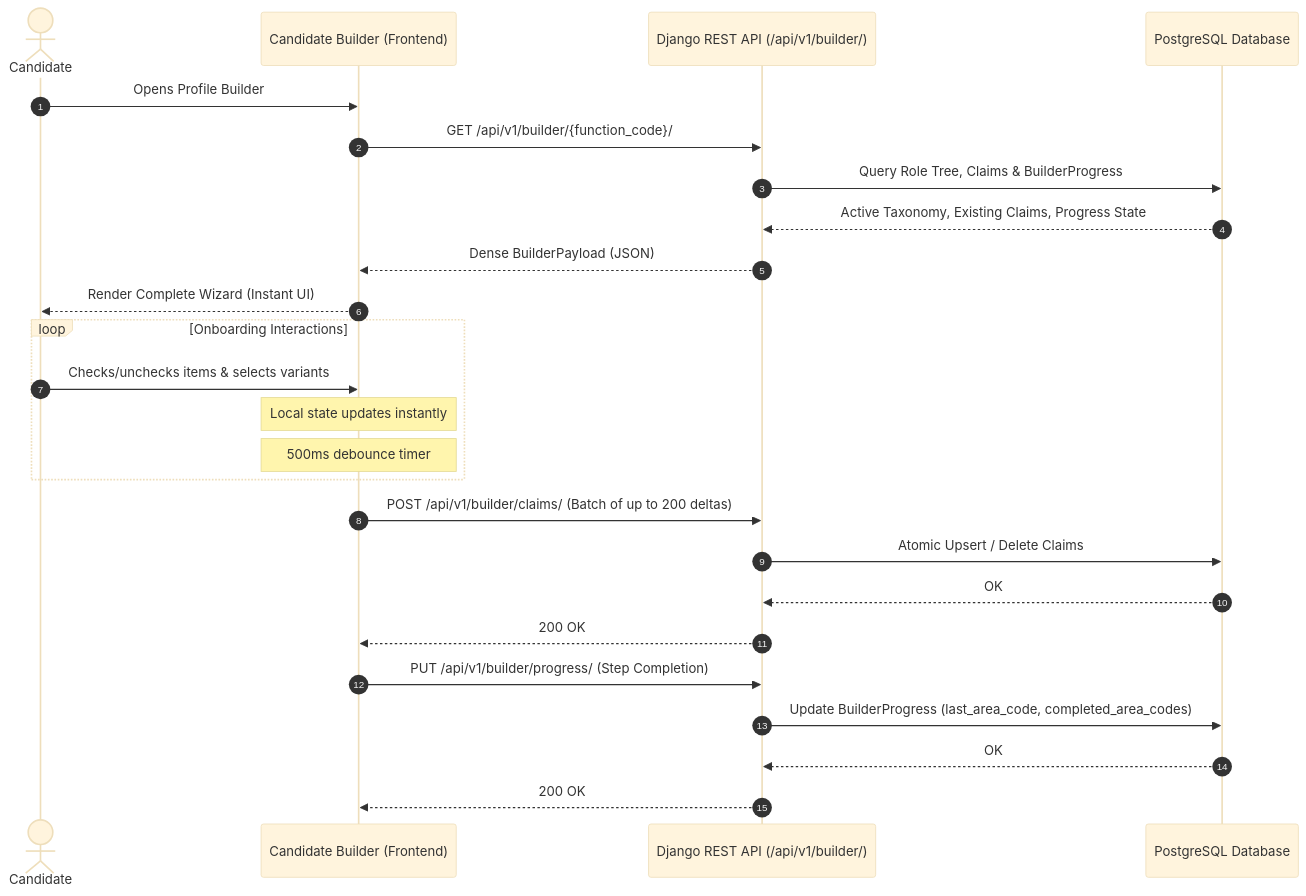
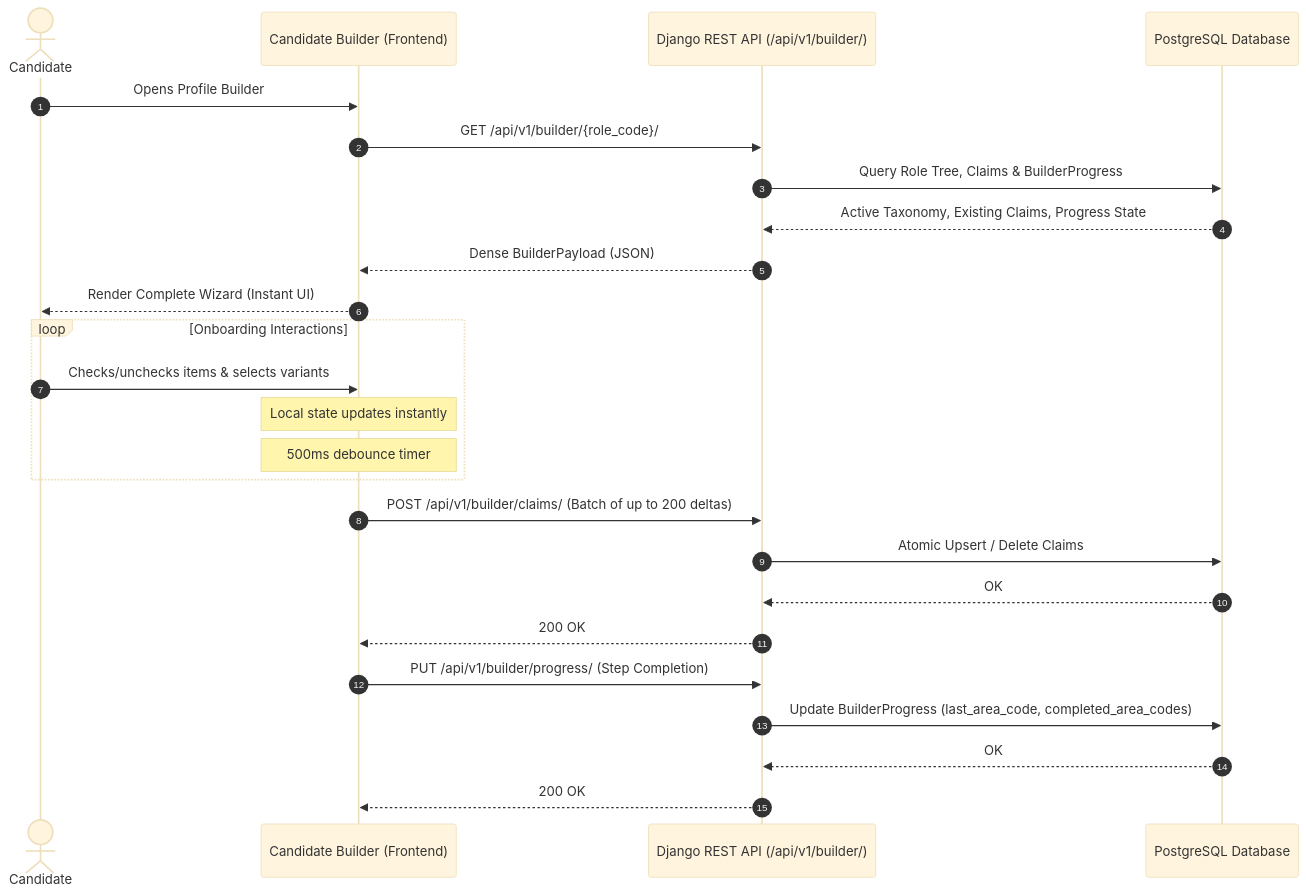
Before and after one commit to lucky-singh/hiredright: the third of 5 diagrams in docs/architecture.md, drawn with Mermaid (base theme). The commit also changed other lines of this file and 13 other files, not shown here.

````diff
--- a/docs/architecture.md
+++ b/docs/architecture.md
@@ -126,31 +126,31 @@
 ```mermaid
 sequenceDiagram
     autonumber
     actor Candidate
     participant UI as Candidate Builder (Frontend)
     participant API as Django REST API (/api/v1/builder/)
     participant DB as PostgreSQL Database
 
     Candidate->>UI: Opens Profile Builder
-    UI->>API: GET /api/v1/builder/{function_code}/
+    UI->>API: GET /api/v1/builder/{role_code}/
     API->>DB: Query Role Tree, Claims & BuilderProgress
     DB-->>API: Active Taxonomy, Existing Claims, Progress State
     API-->>UI: Dense BuilderPayload (JSON)
     UI-->>Candidate: Render Complete Wizard (Instant UI)
 
     loop Onboarding Interactions
         Candidate->>UI: Checks/unchecks items & selects variants
         Note over UI: Local state updates instantly
         Note over UI: 500ms debounce timer
     end
 
     UI->>API: POST /api/v1/builder/claims/ (Batch of up to 200 deltas)
     API->>DB: Atomic Upsert / Delete Claims
     DB-->>API: OK
     API-->>UI: 200 OK
 
     UI->>API: PUT /api/v1/builder/progress/ (Step Completion)
     API->>DB: Update BuilderProgress (last_area_code, completed_area_codes)
     DB-->>API: OK
     API-->>UI: 200 OK
 ```
````
